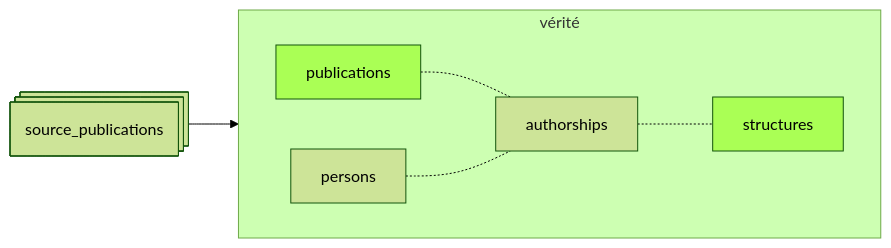
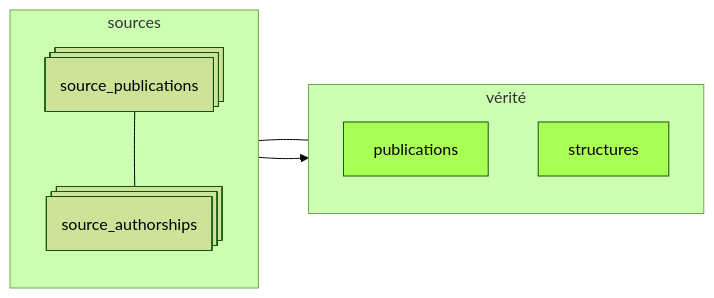
One commit to Y33sha/bibliometrie-uca changed the second of 4 diagrams in docs/pipeline/12-resume.md. Above: the diagram before and after it, drawn with Mermaid (forest theme). The commit also changed other lines of this file and 2 other files, not shown here.

````diff
--- a/docs/pipeline/12-resume.md
+++ b/docs/pipeline/12-resume.md
@@ -19,13 +22,20 @@
 ```mermaid
 flowchart LR
-    D@{ shape: procs, label: "source_publications"}-->A
-
     subgraph vérité
-    direction LR
-    A[publications]-.-B[authorships]
-    C[persons]-.-B
-    B-.-F[structures]
+        direction TD
+        publications
+        structures
+    
     end
+    
+    subgraph sources
+        direction TD
+        SA---structures
+        SP@{ shape: procs, label: "source_publications"}---SA@{ shape: procs, label: "source_authorships"}
+        
+    end
+    
+    SP-->publications
     classDef valid  fill:#af5
-    class F,A valid;
+    class structures,publications valid;
 ```
````
